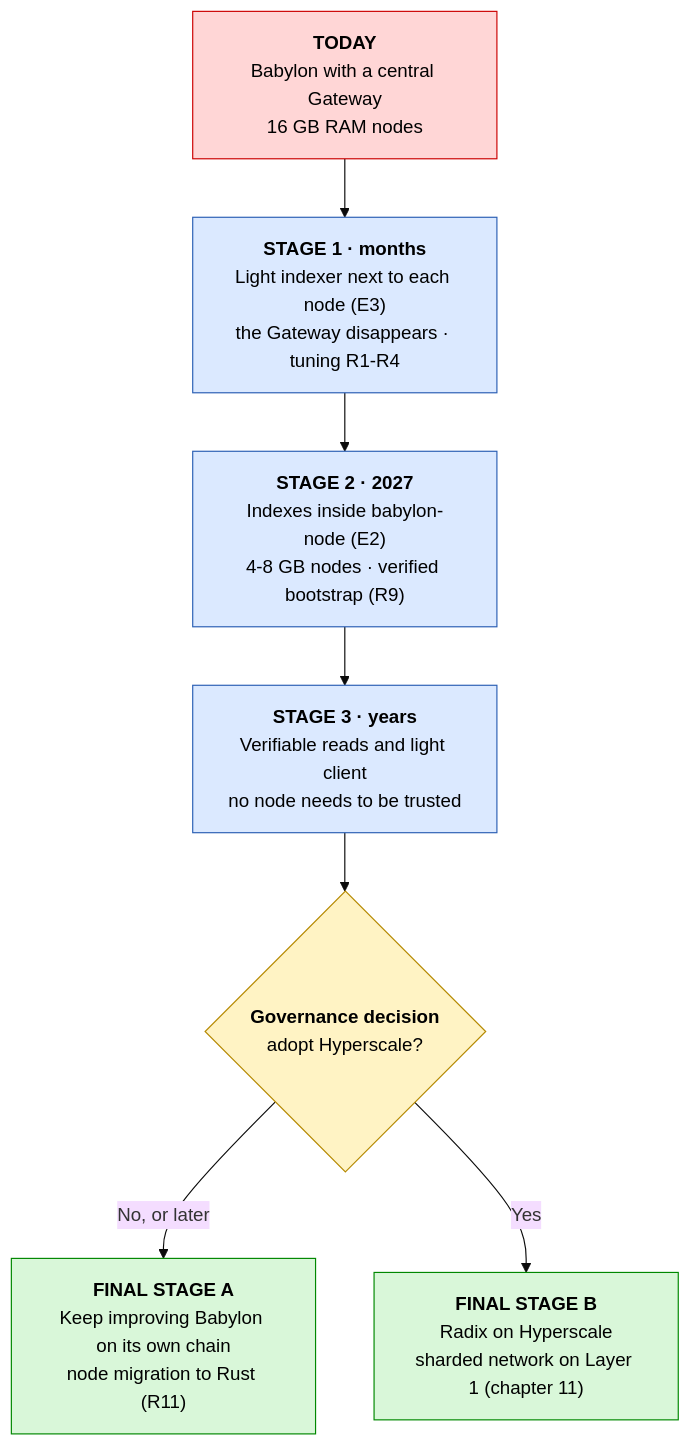
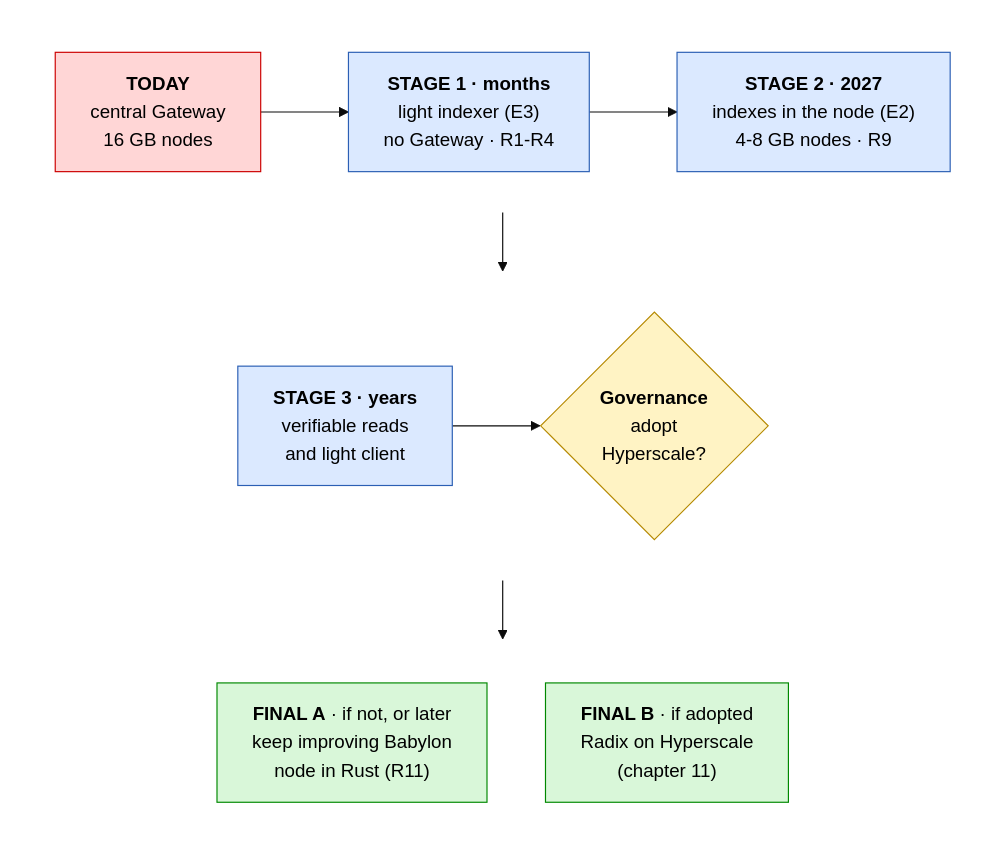
Before and after one commit to dazligth/radix-decentralization-roadmap: the seventh of 7 diagrams in docs/en/06-recommended-solution.md, drawn with Mermaid (base theme). The commit also changed other lines of this file and 9 other files, not shown here.

First line of the commit message:
Redesign diagrams for readability on GitHub

````diff
--- a/docs/en/06-recommended-solution.md
+++ b/docs/en/06-recommended-solution.md
@@ -277,21 +260,27 @@
 ```mermaid
 flowchart TB
-    S0["<b>TODAY</b><br/>Babylon with a central Gateway<br/>16 GB RAM nodes"]
-    S1["<b>STAGE 1 · months</b><br/>Light indexer next to each node (E3)<br/>the Gateway disappears · tuning R1-R4"]
-    S2["<b>STAGE 2 · 2027</b><br/>Indexes inside babylon-node (E2)<br/>4-8 GB nodes · verified bootstrap (R9)"]
-    S3["<b>STAGE 3 · years</b><br/>Verifiable reads and light client<br/>no node needs to be trusted"]
-    D{"<b>Governance decision</b><br/>adopt Hyperscale?"}
-    FA["<b>FINAL STAGE A</b><br/>Keep improving Babylon on its own chain<br/>node migration to Rust (R11)"]
-    FB["<b>FINAL STAGE B</b><br/>Radix on Hyperscale<br/>sharded network on Layer 1 (chapter 11)"]
-    S0 --> S1 --> S2 --> S3 --> D
-    D -->|No, or later| FA
-    D -->|Yes| FB
+    subgraph ROW1[" "]
+        direction LR
+        S0["<b>TODAY</b><br/>central Gateway<br/>16 GB nodes"] --> S1["<b>STAGE 1 · months</b><br/>light indexer (E3)<br/>no Gateway · R1-R4"] --> S2["<b>STAGE 2 · 2027</b><br/>indexes in the node (E2)<br/>4-8 GB nodes · R9"]
+    end
+    subgraph ROW2[" "]
+        direction LR
+        S3["<b>STAGE 3 · years</b><br/>verifiable reads<br/>and light client"] --> D{"<b>Governance</b><br/>adopt<br/>Hyperscale?"}
+    end
+    subgraph ROW3[" "]
+        direction TB
+        FA["<b>FINAL A</b> · if not, or later<br/>keep improving Babylon<br/>node in Rust (R11)"]
+        FB["<b>FINAL B</b> · if adopted<br/>Radix on Hyperscale<br/>(chapter 11)"]
+    end
+    ROW1 --> ROW2 --> ROW3
     classDef today fill:#ffd6d6,stroke:#c00,color:#000
     classDef step fill:#dbe9ff,stroke:#2b5fb4,color:#000
     classDef decision fill:#fff3c4,stroke:#b58900,color:#000
     classDef final fill:#d9f7d9,stroke:#080,color:#000
+    classDef row fill:none,stroke:none
     class S0 today
     class S1,S2,S3 step
     class D decision
     class FA,FB final
+    class ROW1,ROW2,ROW3 row
 ```
````
